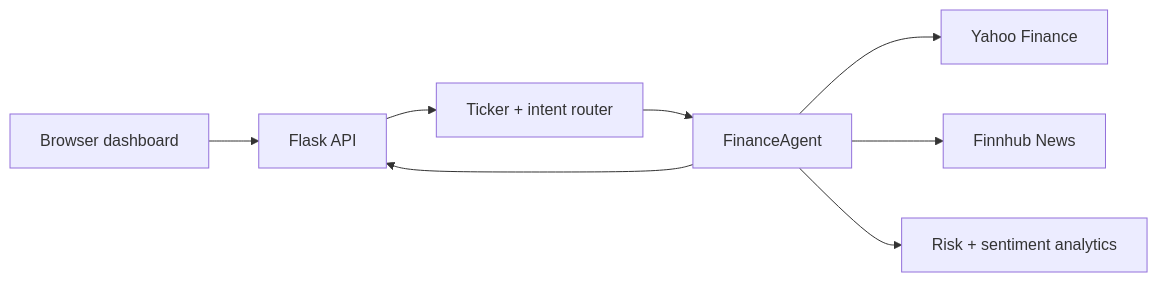
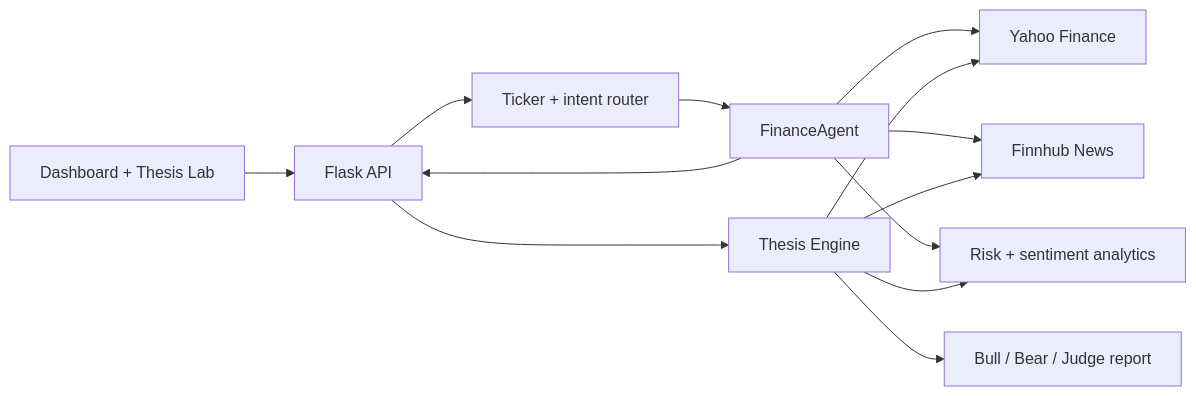
The diagram in README.md (xs2588-prog/finance-intelligence-agent), drawn with Mermaid before and after one commit. The commit also changed other lines of this file, not shown here.

Commit message:
Add adversarial investment thesis lab

````diff
--- a/README.md
+++ b/README.md
@@ -27,10 +29,15 @@
 ```mermaid
 flowchart LR
-  B["Browser dashboard"] --> F["Flask API"]
+  B["Dashboard + Thesis Lab"] --> F["Flask API"]
   F --> R["Ticker + intent router"]
   R --> A["FinanceAgent"]
+  F --> T["Thesis Engine"]
   A --> Y["Yahoo Finance"]
   A --> N["Finnhub News"]
   A --> M["Risk + sentiment analytics"]
+  T --> Y
+  T --> N
+  T --> M
+  T --> J["Bull / Bear / Judge report"]
   A --> F
 ```
````
